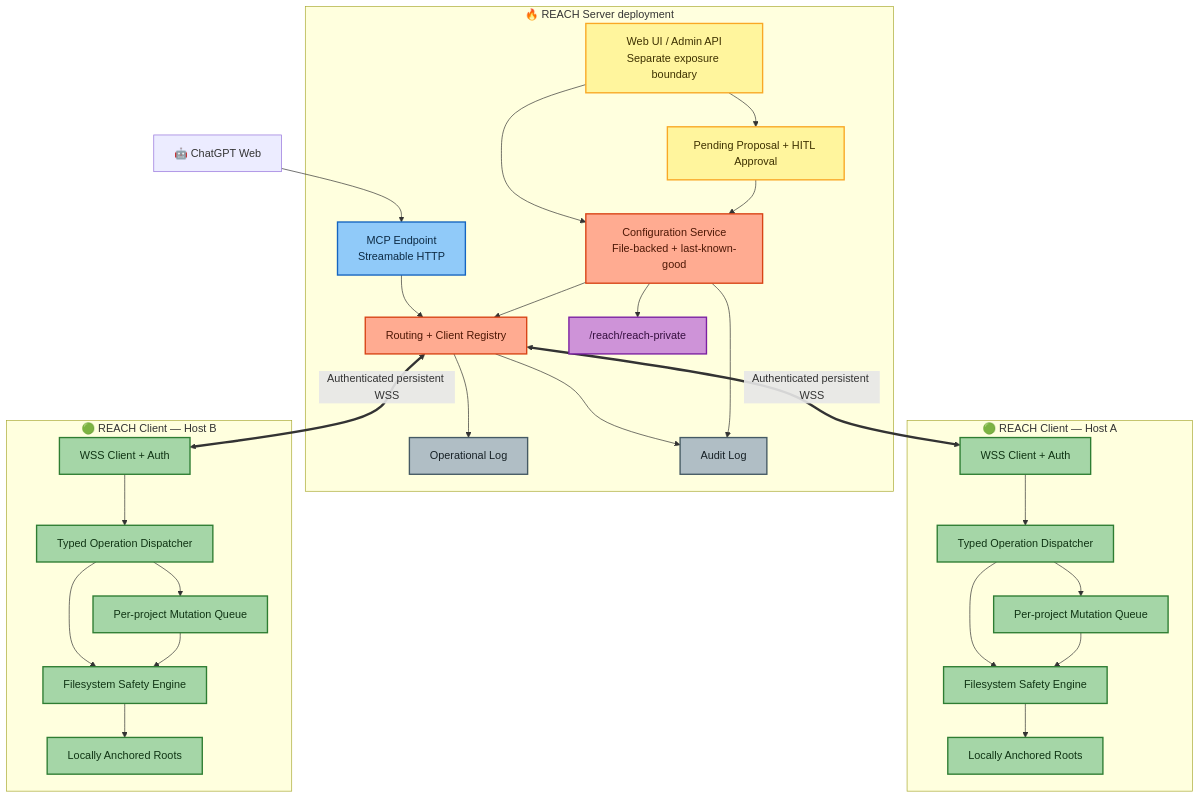
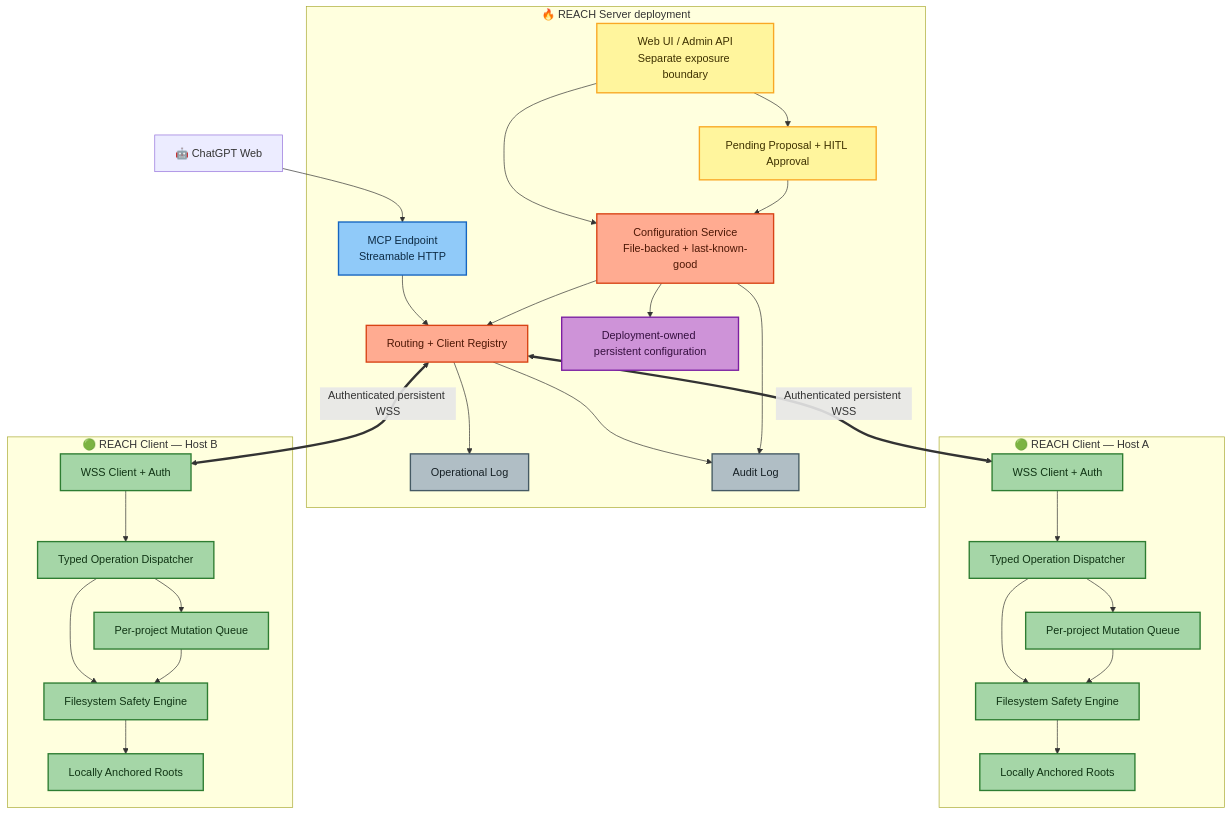
One commit to apinheiro99/reach-mcp changed the second of 9 diagrams in docs/architecture.md. Above: the diagram before and after it, drawn with Mermaid. The commit also changed other lines of this file and 4 other files, not shown here.

````diff
--- a/docs/architecture.md
+++ b/docs/architecture.md
@@ -168,62 +168,62 @@
 ```mermaid
 flowchart TB
     GPT["🤖 ChatGPT Web"]
 
     subgraph SERVER["🔥 REACH Server deployment"]
         MCP["MCP Endpoint\nStreamable HTTP"]
         ROUTER["Routing + Client Registry"]
         CFG["Configuration Service\nFile-backed + last-known-good"]
         UI["Web UI / Admin API\nSeparate exposure boundary"]
         HITL["Pending Proposal + HITL Approval"]
         LOG["Operational Log"]
         AUDIT["Audit Log"]
-        PRIV["/reach/reach-private"]
+        PRIV["Deployment-owned persistent configuration"]
     end
 
     subgraph CLIENTA["🟢 REACH Client — Host A"]
         CA["WSS Client + Auth"]
         DA["Typed Operation Dispatcher"]
         FSA["Filesystem Safety Engine"]
         RA["Locally Anchored Roots"]
         QA["Per-project Mutation Queue"]
     end
 
     subgraph CLIENTB["🟢 REACH Client — Host B"]
         CB["WSS Client + Auth"]
         DB["Typed Operation Dispatcher"]
         FSB["Filesystem Safety Engine"]
         RB["Locally Anchored Roots"]
         QB["Per-project Mutation Queue"]
     end
 
     GPT --> MCP
     MCP --> ROUTER
     UI --> CFG
     UI --> HITL
     HITL --> CFG
     CFG --> ROUTER
     CFG --> PRIV
     ROUTER <==>|"Authenticated persistent WSS"| CA
     ROUTER <==>|"Authenticated persistent WSS"| CB
     CA --> DA --> FSA --> RA
     DA --> QA --> FSA
     CB --> DB --> FSB --> RB
     DB --> QB --> FSB
     ROUTER --> LOG
     ROUTER --> AUDIT
     CFG --> AUDIT
 
     classDef api fill:#90caf9,stroke:#1565c0,color:#0d2b45,stroke-width:2px;
     classDef core fill:#ffab91,stroke:#d84315,color:#4e1806,stroke-width:2px;
     classDef ui fill:#fff59d,stroke:#f9a825,color:#3e3100,stroke-width:2px;
     classDef safe fill:#a5d6a7,stroke:#2e7d32,color:#103414,stroke-width:2px;
     classDef store fill:#ce93d8,stroke:#7b1fa2,color:#35103f,stroke-width:2px;
     classDef obs fill:#b0bec5,stroke:#455a64,color:#172126,stroke-width:2px;
 
     class MCP api;
     class ROUTER,CFG core;
     class UI,HITL ui;
     class CA,DA,FSA,RA,QA,CB,DB,FSB,RB,QB safe;
     class PRIV store;
     class LOG,AUDIT obs;
 ```
````
